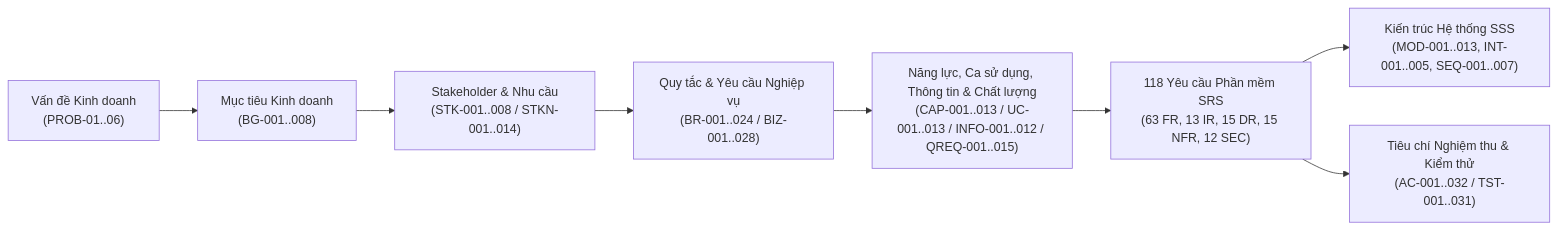
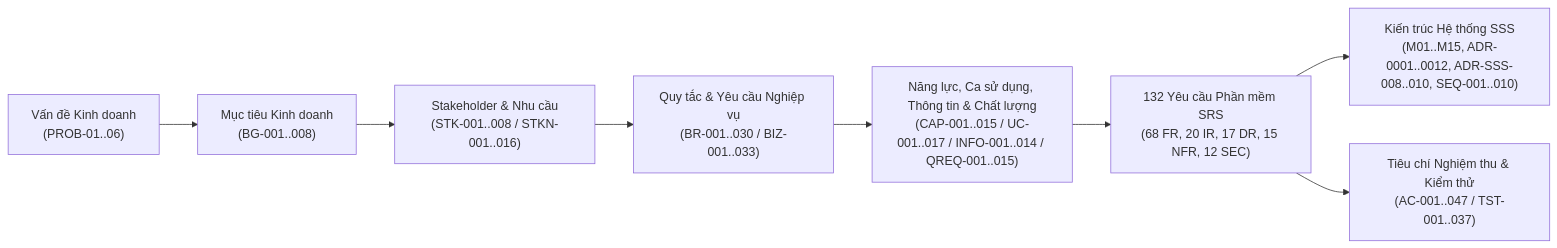
One commit to TxRyeSayNo/AI-Assisted-BizFlow-Platform changed the diagram in docs/requirements/rds/REQUIREMENTS_TRACEABILITY.md. Above: the diagram before and after it, drawn with Mermaid. The commit also changed other lines of this file and 12 other files, not shown here.

````diff
--- a/docs/requirements/rds/REQUIREMENTS_TRACEABILITY.md
+++ b/docs/requirements/rds/REQUIREMENTS_TRACEABILITY.md
@@ -16,10 +16,10 @@
 ```mermaid
 flowchart LR
     P["Vấn đề Kinh doanh<br/>(PROB-01..06)"] --> BG["Mục tiêu Kinh doanh<br/>(BG-001..008)"]
-    BG --> STKN["Stakeholder & Nhu cầu<br/>(STK-001..008 / STKN-001..014)"]
-    STKN --> BIZ["Quy tắc & Yêu cầu Nghiệp vụ<br/>(BR-001..024 / BIZ-001..028)"]
-    BIZ --> CAP["Năng lực, Ca sử dụng, Thông tin & Chất lượng<br/>(CAP-001..013 / UC-001..013 / INFO-001..012 / QREQ-001..015)"]
-    CAP --> SRS["118 Yêu cầu Phần mềm SRS<br/>(63 FR, 13 IR, 15 DR, 15 NFR, 12 SEC)"]
-    SRS --> SSS["Kiến trúc Hệ thống SSS<br/>(MOD-001..013, INT-001..005, SEQ-001..007)"]
-    SRS --> AC["Tiêu chí Nghiệm thu & Kiểm thử<br/>(AC-001..032 / TST-001..031)"]
+    BG --> STKN["Stakeholder & Nhu cầu<br/>(STK-001..008 / STKN-001..016)"]
+    STKN --> BIZ["Quy tắc & Yêu cầu Nghiệp vụ<br/>(BR-001..030 / BIZ-001..033)"]
+    BIZ --> CAP["Năng lực, Ca sử dụng, Thông tin & Chất lượng<br/>(CAP-001..015 / UC-001..017 / INFO-001..014 / QREQ-001..015)"]
+    CAP --> SRS["132 Yêu cầu Phần mềm SRS<br/>(68 FR, 20 IR, 17 DR, 15 NFR, 12 SEC)"]
+    SRS --> SSS["Kiến trúc Hệ thống SSS<br/>(M01..M15, ADR-0001..0012, ADR-SSS-008..010, SEQ-001..010)"]
+    SRS --> AC["Tiêu chí Nghiệm thu & Kiểm thử<br/>(AC-001..047 / TST-001..037)"]
 ```
````
